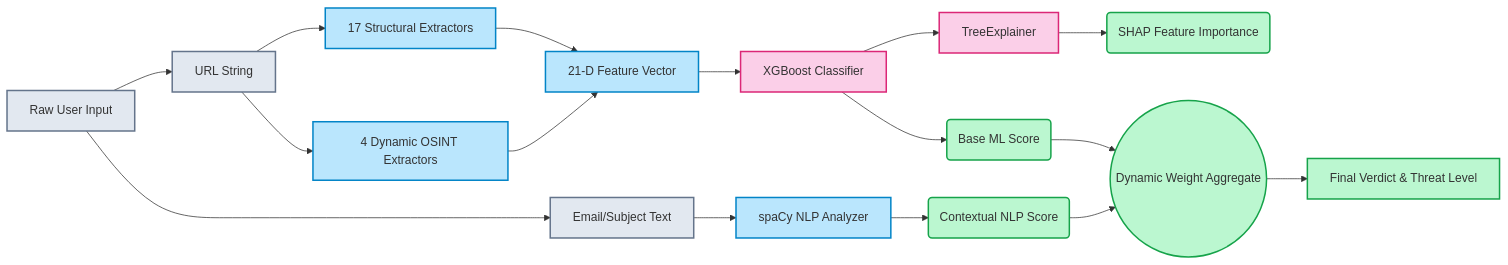
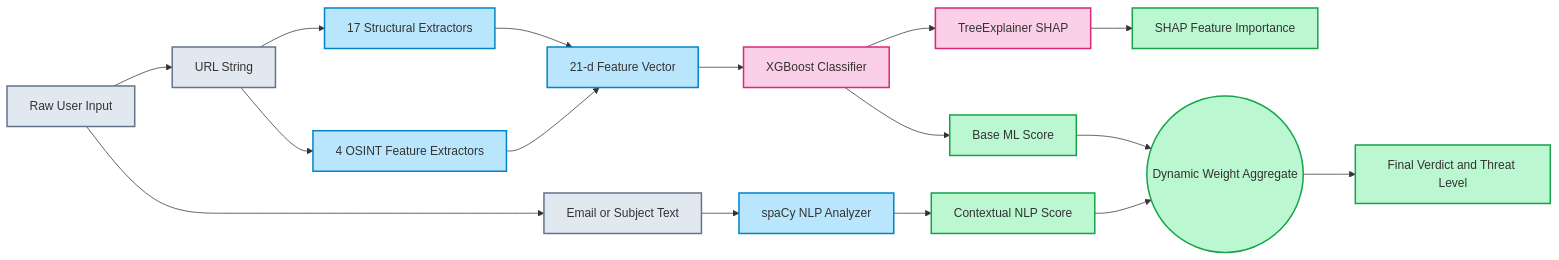
Before and after one commit to ELTE-DSED/phishing-detection-osint: the diagram in docs/diagrams/mermaid/ml-pipeline.mmd, drawn with Mermaid. The commit also changed 11 other files, not shown here.

First line of the commit message:
docs: Second-pass Mermaid diagram audit - fix all 5 diagrams to precisely match codebase

```diff
--- a/docs/diagrams/mermaid/ml-pipeline.mmd
+++ b/docs/diagrams/mermaid/ml-pipeline.mmd
@@ -1,26 +1,26 @@
 graph LR
-    classDef raw fill:#e2e8f0,stroke:#64748b,stroke-width:2px;
-    classDef extract fill:#bae6fd,stroke:#0284c7,stroke-width:2px;
-    classDef model fill:#fbcfe8,stroke:#db2777,stroke-width:2px;
-    classDef result fill:#bbf7d0,stroke:#16a34a,stroke-width:2px;
+classDef raw fill:#e2e8f0,stroke:#64748b,stroke-width:2px;
+classDef extract fill:#bae6fd,stroke:#0284c7,stroke-width:2px;
+classDef model fill:#fbcfe8,stroke:#db2777,stroke-width:2px;
+classDef result fill:#bbf7d0,stroke:#16a34a,stroke-width:2px;
 
-    RawData[Raw User Input]:::raw --> URL[URL String]:::raw
-    RawData --> Text[Email/Subject Text]:::raw
-    
-    URL --> StructFeat[17 Structural Extractors]:::extract
-    URL --> OSINTFeat[4 Dynamic OSINT Extractors]:::extract
-    Text --> NLP[spaCy NLP Analyzer]:::extract
-    
-    StructFeat --> Combine[21-D Feature Vector]:::extract
-    OSINTFeat --> Combine
-    
-    Combine --> XGB[XGBoost Classifier]:::model
-    XGB --> SHAP[TreeExplainer]:::model
-    
-    XGB --> ThreatScore(Base ML Score):::result
-    SHAP --> Explanations(SHAP Feature Importance):::result
-    NLP --> TextScore(Contextual NLP Score):::result
-    
-    ThreatScore --> WeightedSum((Dynamic Weight Aggregate)):::result
-    TextScore --> WeightedSum
-    WeightedSum --> Final[Final Verdict & Threat Level]:::result
+RawData[Raw User Input]:::raw --> URL[URL String]:::raw
+RawData --> Text[Email or Subject Text]:::raw
+
+URL --> StructFeat[17 Structural Extractors]:::extract
+URL --> OSINTFeat[4 OSINT Feature Extractors]:::extract
+Text --> NLP[spaCy NLP Analyzer]:::extract
+
+StructFeat --> Combine[21-d Feature Vector]:::extract
+OSINTFeat --> Combine
+
+Combine --> XGB[XGBoost Classifier]:::model
+XGB --> SHAP[TreeExplainer SHAP]:::model
+
+XGB --> ThreatScore[Base ML Score]:::result
+SHAP --> Explanations[SHAP Feature Importance]:::result
+NLP --> TextScore[Contextual NLP Score]:::result
+
+ThreatScore --> WeightedSum((Dynamic Weight Aggregate)):::result
+TextScore --> WeightedSum
+WeightedSum --> Final[Final Verdict and Threat Level]:::result
```
